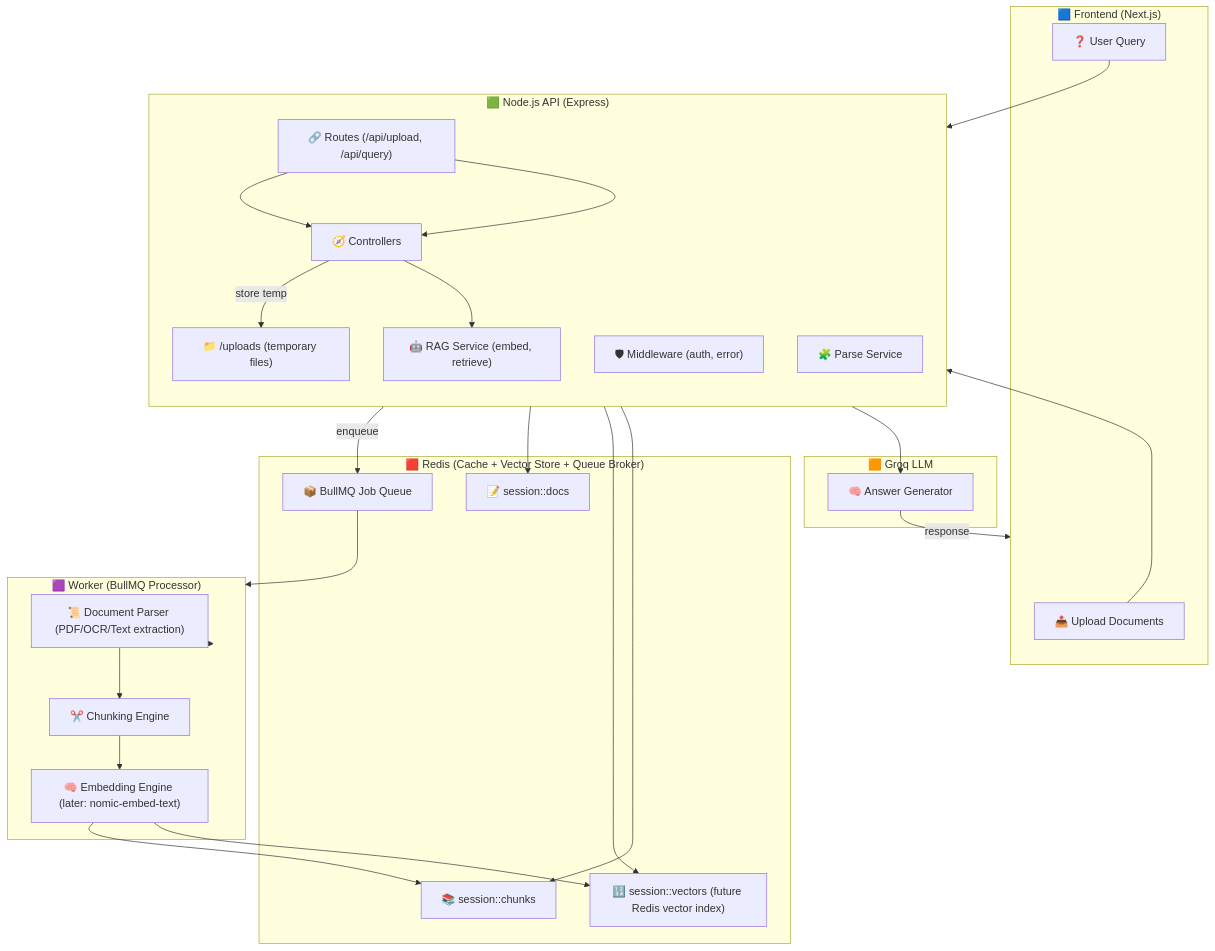
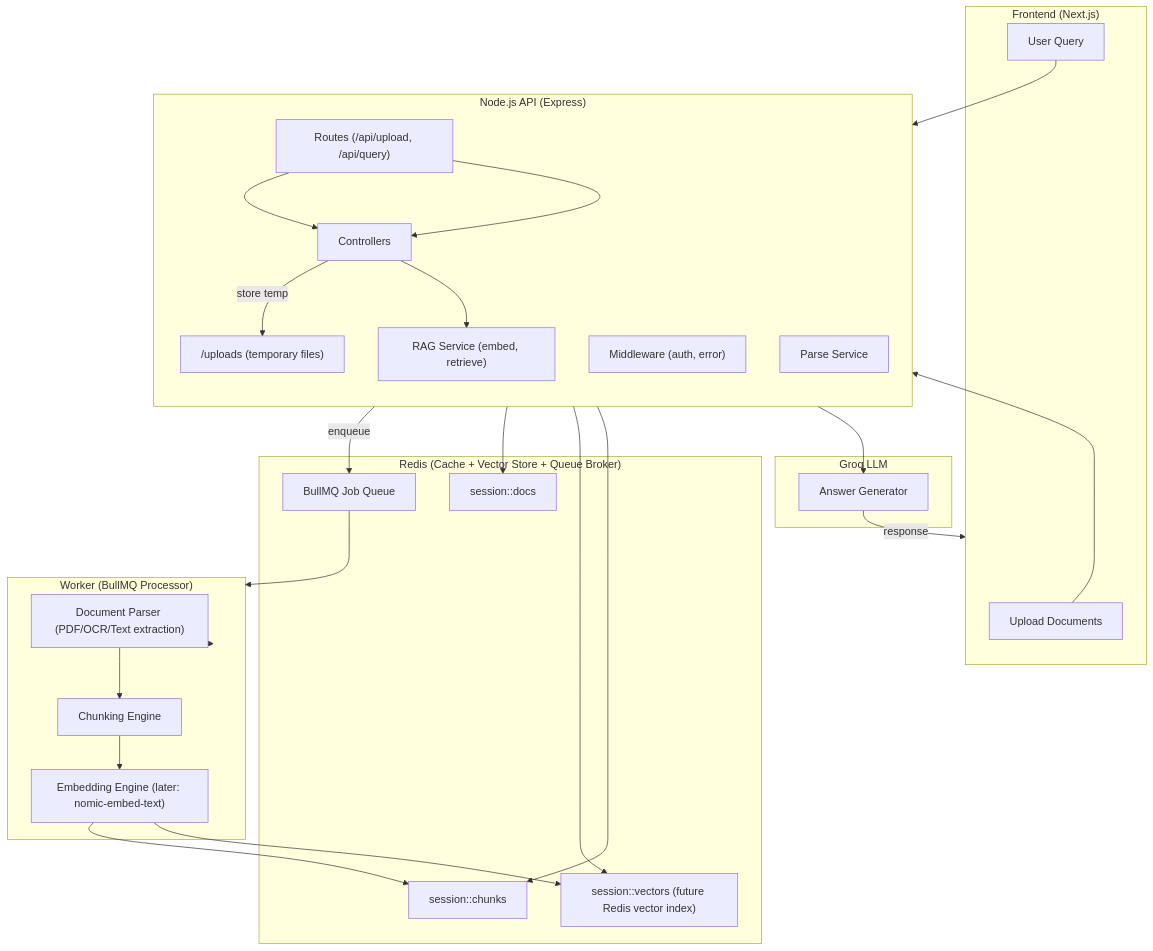
Before and after one commit to KabirKhanuja/Clause-Genie: the diagram in apps/api/README.md, drawn with Mermaid.

Commit message:
updated the diagarm

````diff
--- a/apps/api/README.md
+++ b/apps/api/README.md
@@ -24,71 +24,71 @@
 ```mermaid
 flowchart TB
 
     %% ========= CLIENT ========= %%
-    subgraph CLIENT["🟦 Frontend (Next.js)"]
-        UDF["📤 Upload Documents"]
-        UQ["❓ User Query"]
+    subgraph CLIENT["Frontend (Next.js)"]
+        UDF["Upload Documents"]
+        UQ["User Query"]
     end
 
     %% ========= API SERVER ========= %%
-    subgraph API["🟩 Node.js API (Express)"]
+    subgraph API["Node.js API (Express)"]
         direction TB
 
-        RTE["🔗 Routes (/api/upload, /api/query)"]
-        CTR["🧭 Controllers"]
-        MDW["🛡 Middleware (auth, error)"]
+        RTE["Routes (/api/upload, /api/query)"]
+        CTR["Controllers"]
+        MDW["Middleware (auth, error)"]
 
-        SRV_PARSE["🧩 Parse Service"]
-        SRV_RAG["🤖 RAG Service (embed, retrieve)"]
+        SRV_PARSE["Parse Service"]
+        SRV_RAG["RAG Service (embed, retrieve)"]
 
-        UPLOAD_DIR["📁 /uploads (temporary files)"]
+        UPLOAD_DIR["/uploads (temporary files)"]
     end
 
     %% ========= REDIS ========= %%
-    subgraph REDIS["🟥 Redis (Cache + Vector Store + Queue Broker)"]
-        RS1["📝 session:<id>:docs"]
-        RS2["📚 session:<id>:chunks"]
-        RS3["🔢 session:<id>:vectors (future Redis vector index)"]
-        QUEUE["📦 BullMQ Job Queue"]
+    subgraph REDIS["Redis (Cache + Vector Store + Queue Broker)"]
+        RS1["session:<id>:docs"]
+        RS2["session:<id>:chunks"]
+        RS3["session:<id>:vectors (future Redis vector index)"]
+        QUEUE["BullMQ Job Queue"]
     end
 
     %% ========= WORKER ========= %%
-    subgraph WORKER["🟪 Worker (BullMQ Processor)"]
-        JOB_PARSE["📜 Document Parser (PDF/OCR/Text extraction)"]
-        JOB_CHUNK["✂️ Chunking Engine"]
-        JOB_EMB["🧠 Embedding Engine (later: nomic-embed-text)"]
+    subgraph WORKER["Worker (BullMQ Processor)"]
+        JOB_PARSE["Document Parser (PDF/OCR/Text extraction)"]
+        JOB_CHUNK["Chunking Engine"]
+        JOB_EMB["Embedding Engine (later: nomic-embed-text)"]
     end
 
     %% ========= LLM ========= %%
-    subgraph LLM["🟧 Groq LLM"]
-        GEN["🧠 Answer Generator"]
+    subgraph LLM["Groq LLM"]
+        GEN["Answer Generator"]
     end
 
 
 
     %% -------- FLOWS -------- %%
 
     %% Upload Flow
     UDF --> RTE
     RTE --> CTR
     CTR -->|store temp| UPLOAD_DIR
     CTR -->|enqueue| QUEUE
 
     QUEUE --> WORKER
     WORKER --> JOB_PARSE
     JOB_PARSE --> JOB_CHUNK
     JOB_CHUNK --> JOB_EMB
 
     JOB_EMB --> RS2
     JOB_EMB --> RS3
     CTR --> RS1
 
     %% Query Flow
     UQ --> RTE --> CTR --> SRV_RAG
 
     SRV_RAG --> RS3
     SRV_RAG --> RS2
 
     SRV_RAG --> GEN
     GEN -->|response| CLIENT
 ```
````
